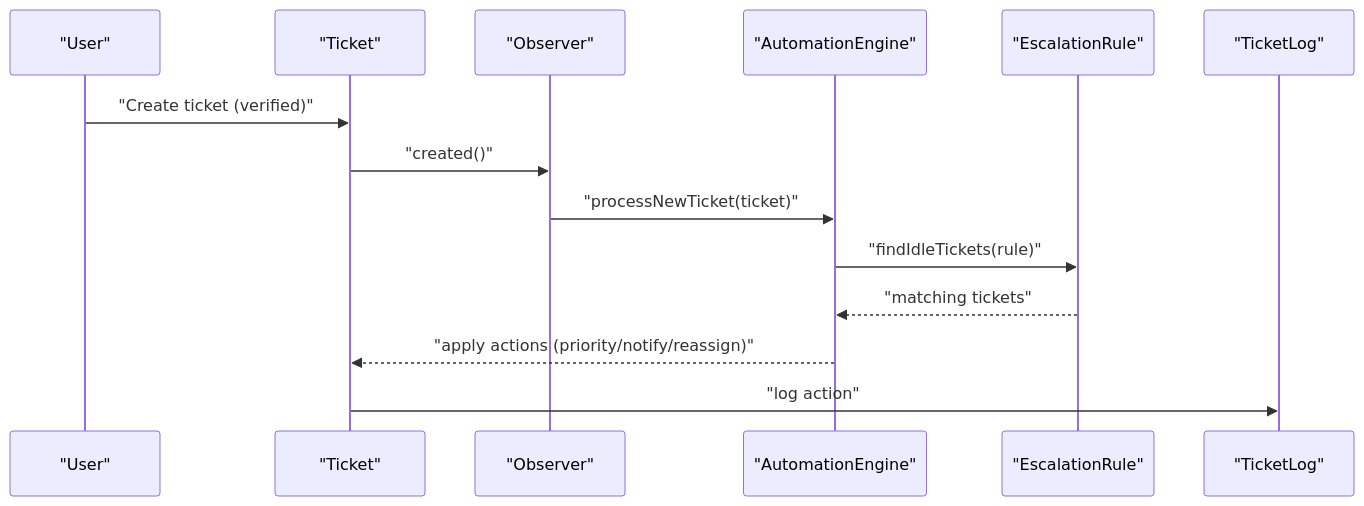
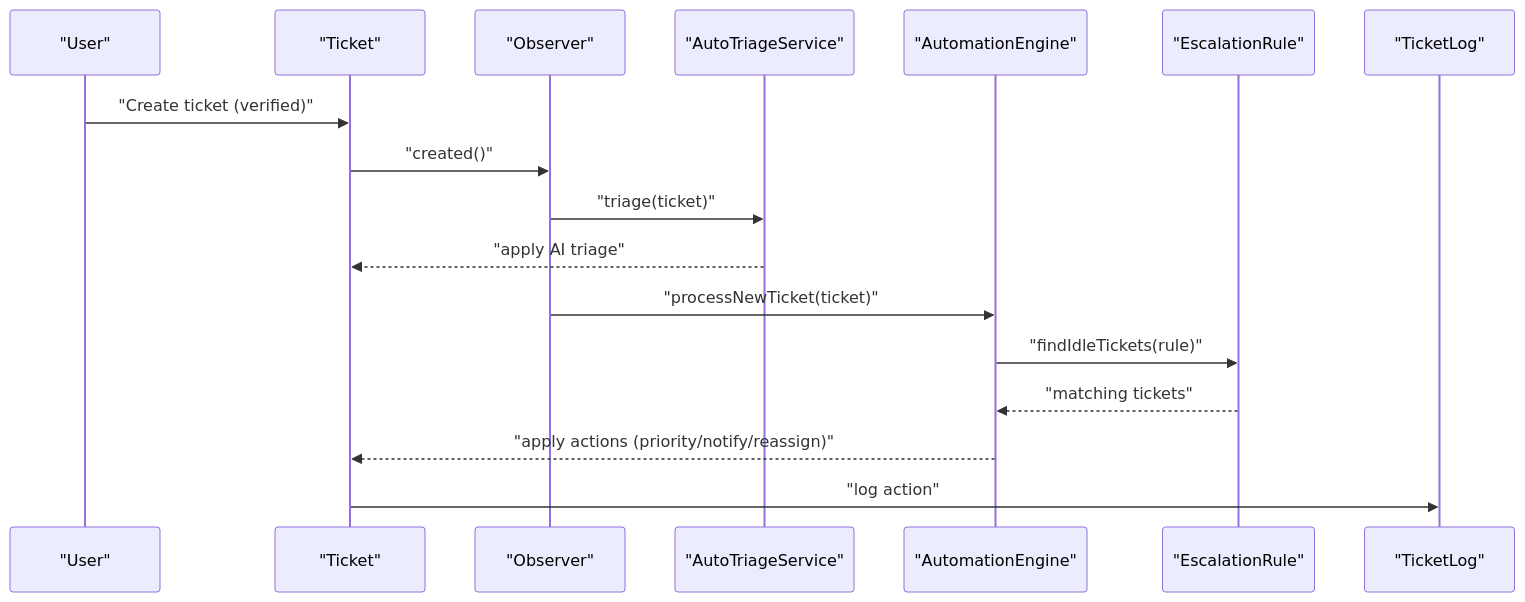
The sixth of 9 diagrams in .qoder/repowiki/en/content/Ticket Management System/Ticket Lifecycle & Status Management.md (younesgamer68/helpdesk-system), drawn with Mermaid before and after one commit. The commit also changed other lines of this file and 210 other files, not shown here.

````diff
--- a/.qoder/repowiki/en/content/Ticket Management System/Ticket Lifecycle & Status Management.md
+++ b/.qoder/repowiki/en/content/Ticket Management System/Ticket Lifecycle & Status Management.md
@@ -307,16 +390,19 @@
 ```mermaid
 sequenceDiagram
 participant U as "User"
 participant T as "Ticket"
 participant O as "Observer"
+participant ATS as "AutoTriageService"
 participant AE as "AutomationEngine"
 participant ER as "EscalationRule"
 participant L as "TicketLog"
 U->>T : "Create ticket (verified)"
 T->>O : "created()"
+O->>ATS : "triage(ticket)"
+ATS-->>T : "apply AI triage"
 O->>AE : "processNewTicket(ticket)"
 AE->>ER : "findIdleTickets(rule)"
 ER-->>AE : "matching tickets"
 AE-->>T : "apply actions (priority/notify/reassign)"
 T->>L : "log action"
 ```
````
